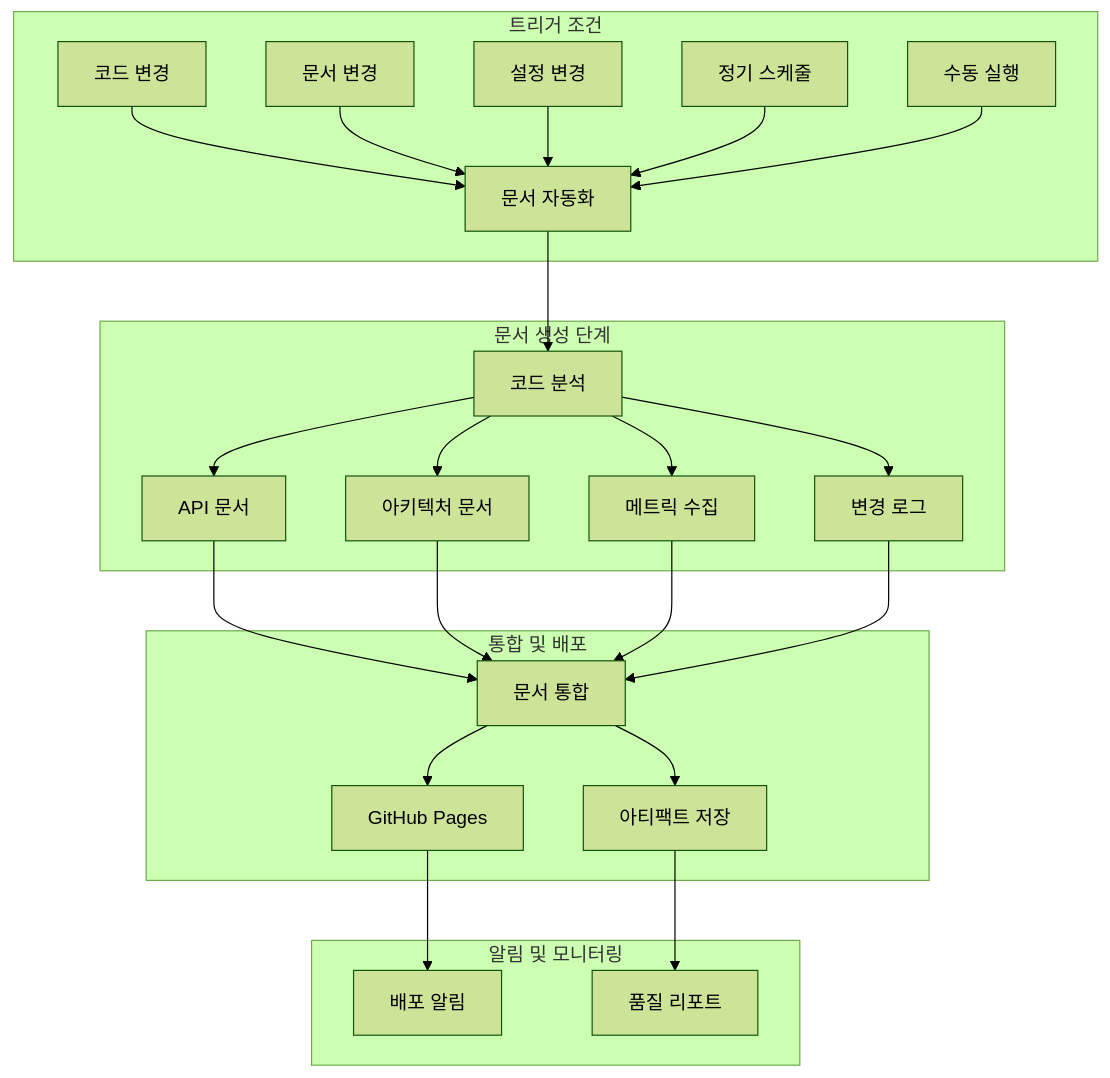
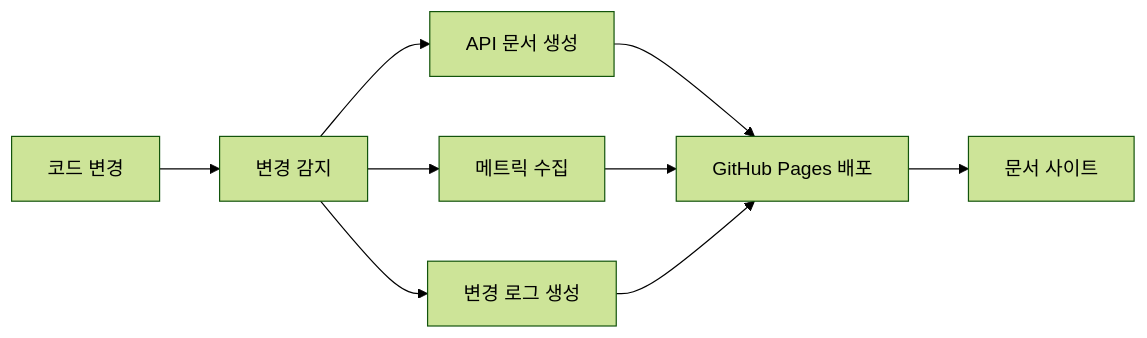
The diagram in docs/documentation_automation_guide.md (yeonjae-work/CodePing.AI), drawn with Mermaid (forest theme) before and after one commit. The commit also changed other lines of this file and 8 other files, not shown here.

````diff
--- a/docs/documentation_automation_guide.md
+++ b/docs/documentation_automation_guide.md
@@ -11,32 +9,11 @@
 ```mermaid
-graph TB
-    subgraph "트리거 조건"
-        A[코드 변경] --> D[문서 자동화]
-        B[문서 변경] --> D
-        C[설정 변경] --> D
-        E[정기 스케줄] --> D
-        F[수동 실행] --> D
-    end
-    
-    subgraph "문서 생성 단계"
-        D --> G[코드 분석]
-        G --> H[API 문서]
-        G --> I[아키텍처 문서]
-        G --> J[메트릭 수집]
-        G --> K[변경 로그]
-    end
-    
-    subgraph "통합 및 배포"
-        H --> L[문서 통합]
-        I --> L
-        J --> L
-        K --> L
-        L --> M[GitHub Pages]
-        L --> N[아티팩트 저장]
-    end
-    
-    subgraph "알림 및 모니터링"
-        M --> O[배포 알림]
-        N --> P[품질 리포트]
-    end
+graph LR
+    A[코드 변경] --> B[변경 감지]
+    B --> C[API 문서 생성]
+    B --> D[메트릭 수집]
+    B --> E[변경 로그 생성]
+    C --> F[GitHub Pages 배포]
+    D --> F
+    E --> F
+    F --> G[문서 사이트]
 ```
````
